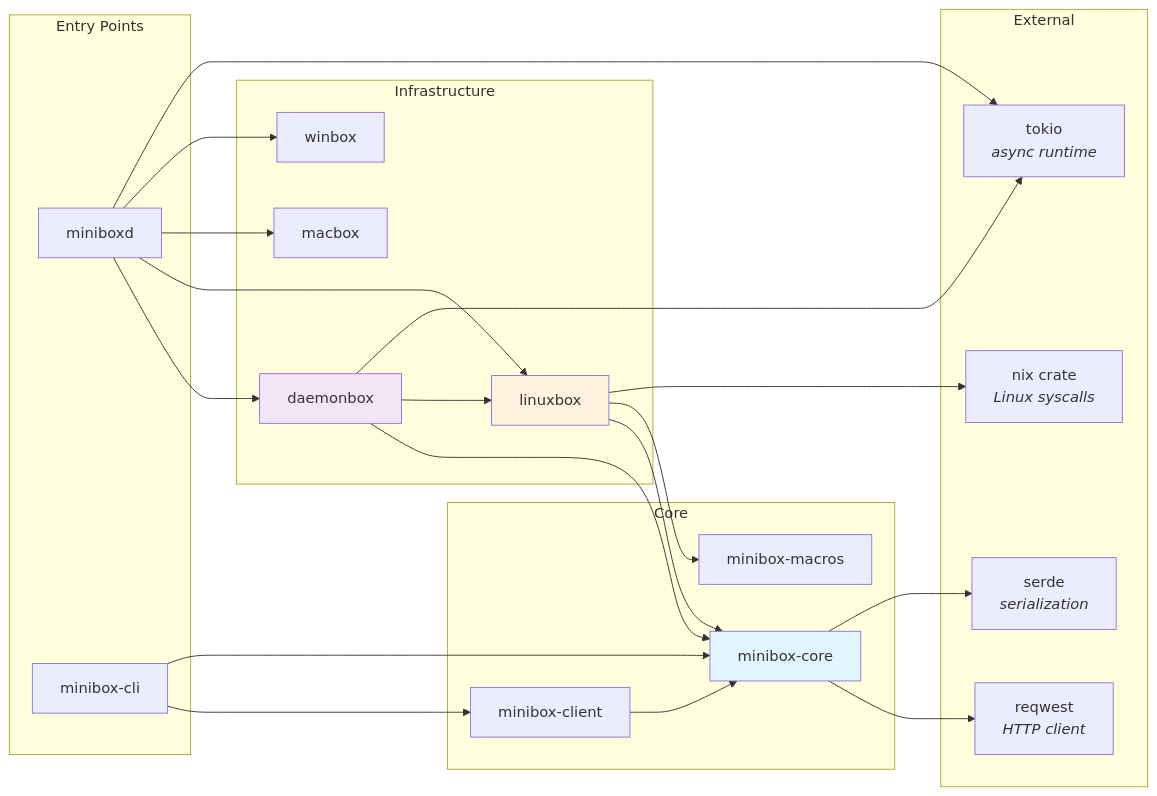
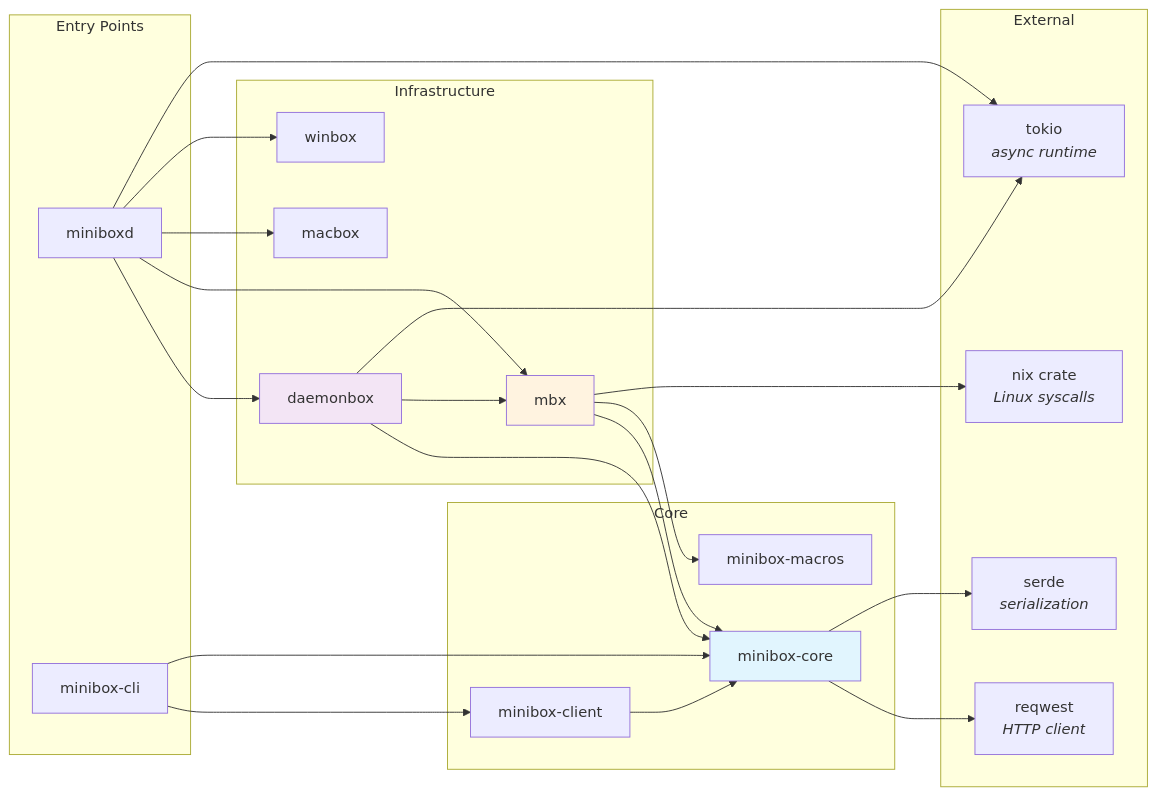
Before and after one commit to 89jobrien/minibox: the second of 18 diagrams in docs/superpowers/specs/2026-03-26-minibox-architecture.md, drawn with Mermaid. The commit also changed other lines of this file and 98 other files, not shown here.

````diff
--- a/docs/superpowers/specs/2026-03-26-minibox-architecture.md
+++ b/docs/superpowers/specs/2026-03-26-minibox-architecture.md
@@ -85,48 +85,48 @@
 ```mermaid
 graph LR
     subgraph "Entry Points"
         D[miniboxd]
         C[minibox-cli]
     end
 
     subgraph "Infrastructure"
         DB[daemonbox]
-        LB[linuxbox]
+        LB[mbx]
         MB[macbox]
         WB[winbox]
     end
 
     subgraph "Core"
         MC[minibox-core]
         MM[minibox-macros]
         CL[minibox-client]
     end
 
     subgraph "External"
         NIX[nix crate<br/><i>Linux syscalls</i>]
         REQW[reqwest<br/><i>HTTP client</i>]
         TOKIO[tokio<br/><i>async runtime</i>]
         SERDE[serde<br/><i>serialization</i>]
     end
 
     D --> DB
     D --> LB
     D --> MB
     D --> WB
     D --> TOKIO
     C --> CL
     C --> MC
     CL --> MC
     DB --> MC
     DB --> LB
     DB --> TOKIO
     LB --> MC
     LB --> MM
     LB --> NIX
     MC --> REQW
     MC --> SERDE
 
     style MC fill:#e1f5fe
     style LB fill:#fff3e0
     style DB fill:#f3e5f5
 ```
````
